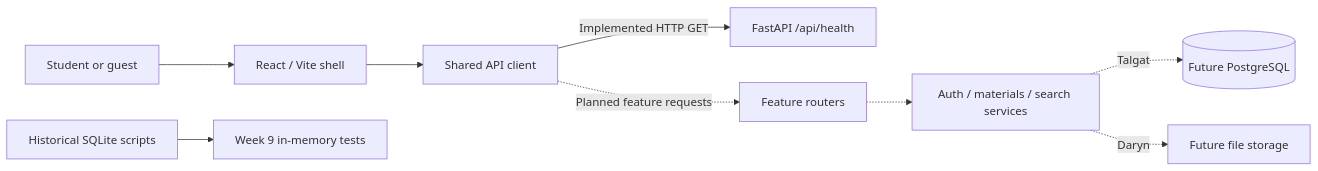
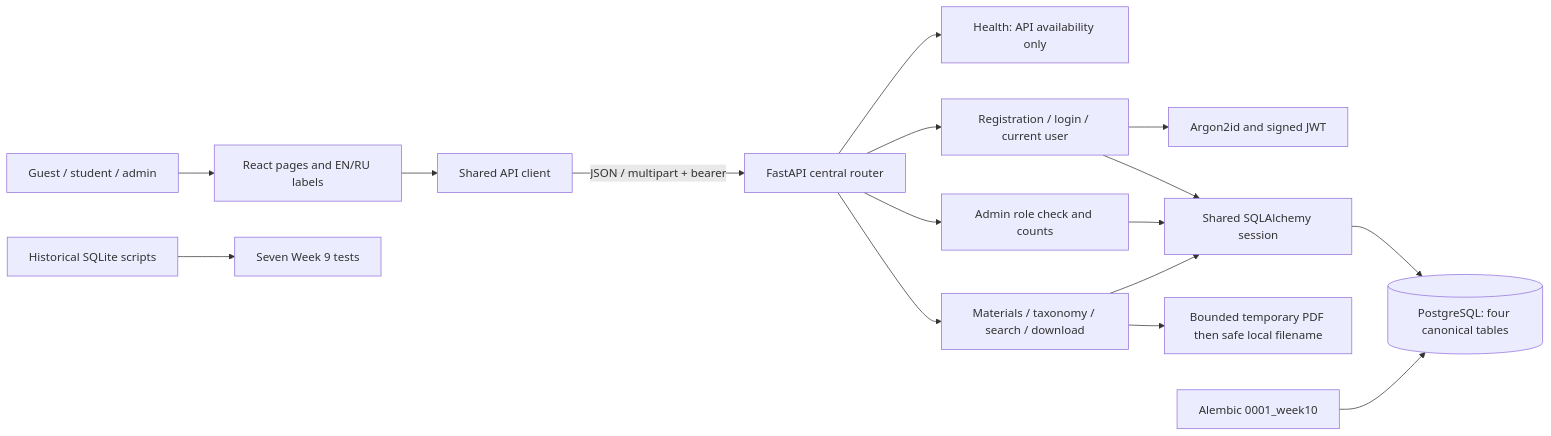
The diagram in docs/ARCHITECTURE.md (ibrashov/study-materials-exchange), drawn with Mermaid before and after one commit. The commit also changed other lines of this file and 71 other files, not shown here.

Commit message:
feat: integrate materials UI with authentication and PostgreSQL workflows

````diff
--- a/docs/ARCHITECTURE.md
+++ b/docs/ARCHITECTURE.md
@@ -5,11 +5,18 @@
-```mermaid
+~~~mermaid
 flowchart LR
-    Student[Student or guest] --> UI[React / Vite shell]
+    Person[Guest / student / admin] --> UI[React pages and EN/RU labels]
     UI --> Client[Shared API client]
-    Client -->|Implemented HTTP GET| Health[FastAPI /api/health]
-    Client -. Planned feature requests .-> Routes[Feature routers]
-    Routes -.-> Services[Auth / materials / search services]
-    Services -. Talgat .-> DB[(Future PostgreSQL)]
-    Services -. Daryn .-> Storage[Future file storage]
-    SQL[Historical SQLite scripts] --> Tests[Week 9 in-memory tests]
-```
+    Client -->|JSON / multipart + bearer| Router[FastAPI central router]
+    Router --> Health[Health: API availability only]
+    Router --> Auth[Registration / login / current user]
+    Router --> Admin[Admin role check and counts]
+    Router --> Materials[Materials / taxonomy / search / download]
+    Auth --> Hash[Argon2id and signed JWT]
+    Auth --> Session[Shared SQLAlchemy session]
+    Admin --> Session
+    Materials --> Session
+    Session --> PG[(PostgreSQL: four canonical tables)]
+    Materials --> Files[Bounded temporary PDF then safe local filename]
+    Migration[Alembic 0001_week10] --> PG
+    Legacy[Historical SQLite scripts] --> LegacyTests[Seven Week 9 tests]
+~~~
````
